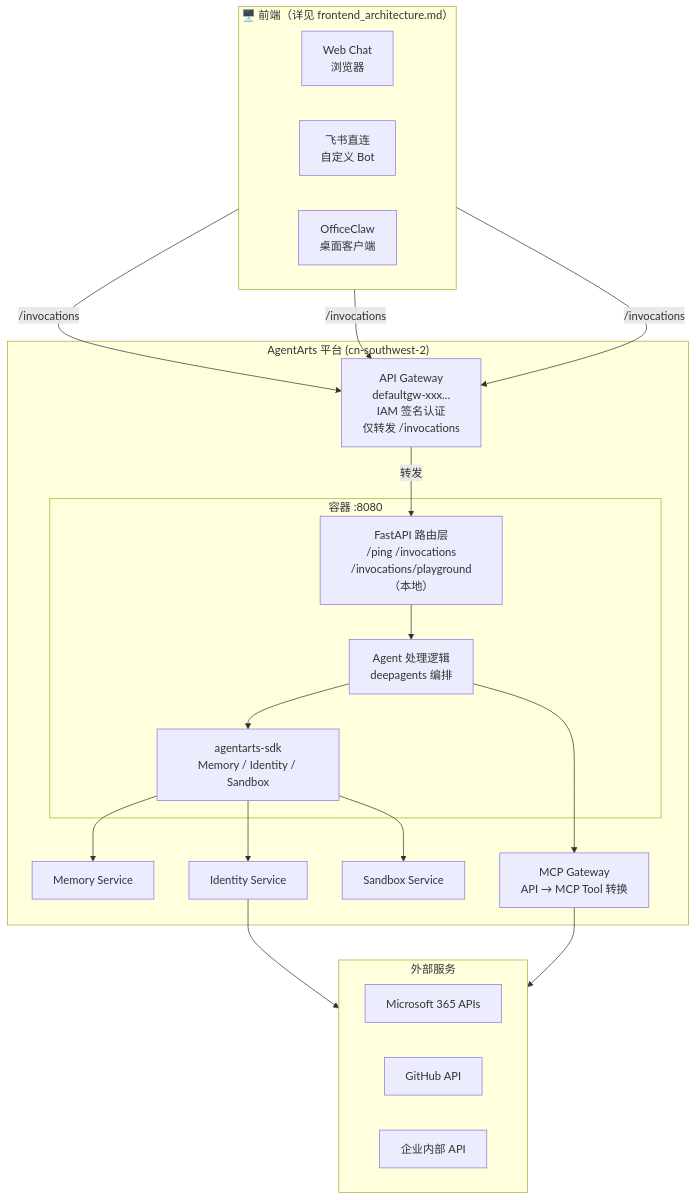
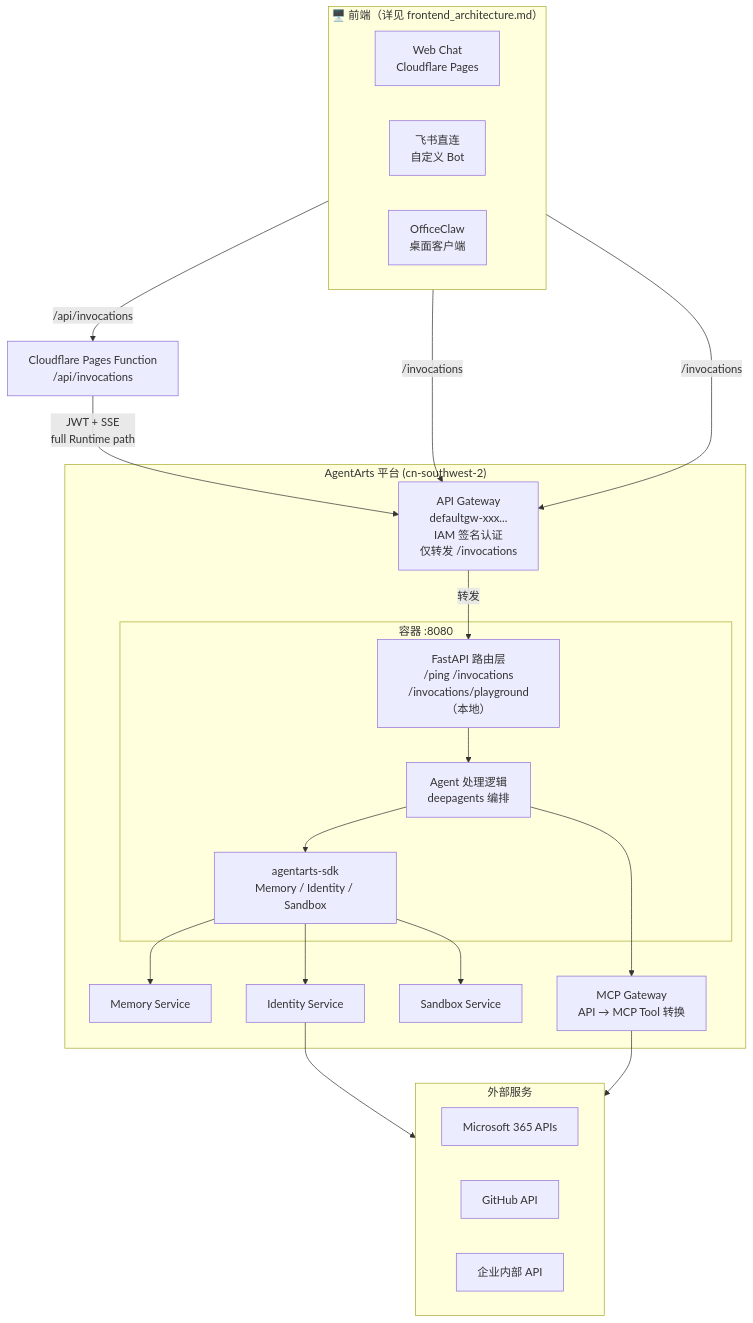
The first of 7 diagrams in personal-assistant-meta/architecture/overall_architecture.md (T-1009/personal-assistant), drawn with Mermaid before and after one commit. The commit also changed other lines of this file and 19 other files, not shown here.

First line of the commit message:
feat: complete Cloudflare Pages migration with updated documentation and CI/CD configuration

````diff
--- a/personal-assistant-meta/architecture/overall_architecture.md
+++ b/personal-assistant-meta/architecture/overall_architecture.md
@@ -11,40 +11,43 @@
 ```mermaid
 flowchart TB
     subgraph Frontends["🖥️ 前端（详见 frontend_architecture.md）"]
         direction LR
-        WebChat["Web Chat<br/>浏览器"]
+        WebChat["Web Chat<br/>Cloudflare Pages"]
         Feishu["飞书直连<br/>自定义 Bot"]
         OC["OfficeClaw<br/>桌面客户端"]
     end
+
+    PagesFunction["Cloudflare Pages Function<br/>/api/invocations"]
 
     subgraph AgentArts["AgentArts 平台 (cn-southwest-2)"]
         APIGW["API Gateway<br/>defaultgw-xxx...<br/>IAM 签名认证<br/>仅转发 /invocations"]
         subgraph Container["容器 :8080"]
             Routes["FastAPI 路由层<br/>/ping /invocations<br/>/invocations/playground（本地）"]
             Handler["Agent 处理逻辑<br/>deepagents 编排"]
             SDK["agentarts-sdk<br/>Memory / Identity / Sandbox"]
         end
         MemorySvc["Memory Service"]
         IdentitySvc["Identity Service"]
         SandboxSvc["Sandbox Service"]
         MCPGW["MCP Gateway<br/>API → MCP Tool 转换"]
     end
 
     subgraph External["外部服务"]
         Microsoft365API["Microsoft 365 APIs"]
         GitHubAPI["GitHub API"]
         InternalAPI["企业内部 API"]
     end
 
-    WebChat -->|"/invocations"| APIGW
+    WebChat -->|"/api/invocations"| PagesFunction
+    PagesFunction -->|"JWT + SSE<br/>full Runtime path"| APIGW
     Feishu -->|"/invocations"| APIGW
     OC -->|"/invocations"| APIGW
     APIGW -->|"转发"| Routes
     Routes --> Handler
     Handler --> SDK
     SDK --> MemorySvc
     SDK --> IdentitySvc
     SDK --> SandboxSvc
     Handler --> MCPGW --> External
     IdentitySvc --> External
 ```
````
